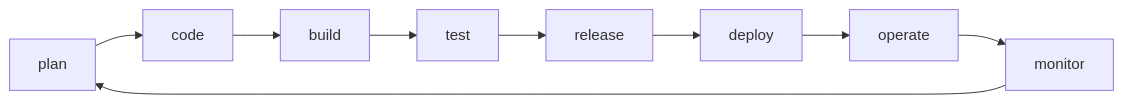
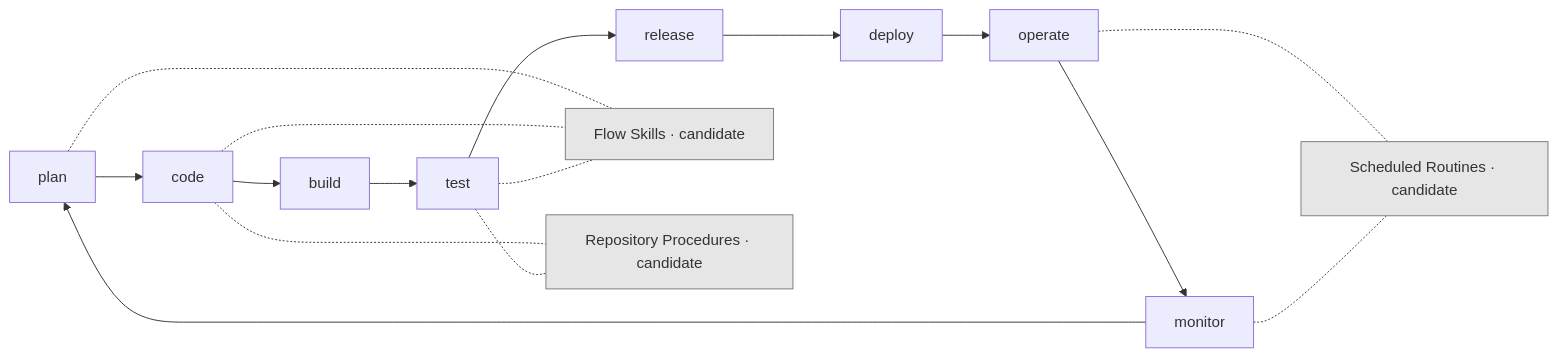
One commit to JSdotNet/finance changed the diagram in .devbook/ai/adoption-map.md. Above: the diagram before and after it, drawn with Mermaid. The commit also changed other lines of this file and 2 other files, not shown here.

Commit message:
docs(ai): seed the adoption record with the stack 1.19 wired
Records the delivery flows and their phase maps, the five repository
procedures, and the six selected schedules as candidate usages, and draws
them in the loop.

````diff
--- a/.devbook/ai/adoption-map.md
+++ b/.devbook/ai/adoption-map.md
@@ -24,4 +24,16 @@
 ```mermaid
 flowchart LR
   plan --> code --> build --> test --> release --> deploy --> operate --> monitor --> plan
+  flows["Flow Skills · candidate"]
+  procs["Repository Procedures · candidate"]
+  routines["Scheduled Routines · candidate"]
+  plan -.- flows
+  code -.- flows
+  test -.- flows
+  code -.- procs
+  test -.- procs
+  operate -.- routines
+  monitor -.- routines
+  classDef candidate fill:#e6e6e6,stroke:#7a7a7a,color:#333;
+  class flows,procs,routines candidate;
 ```
````
